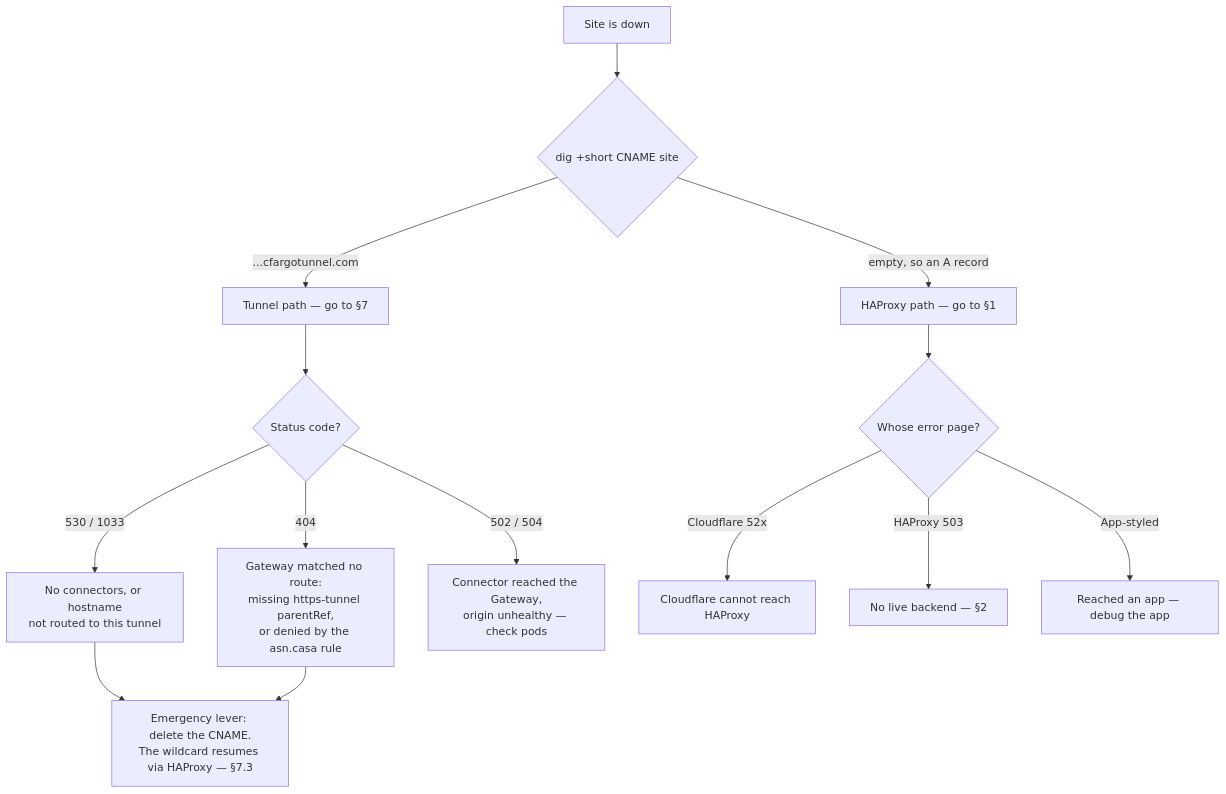
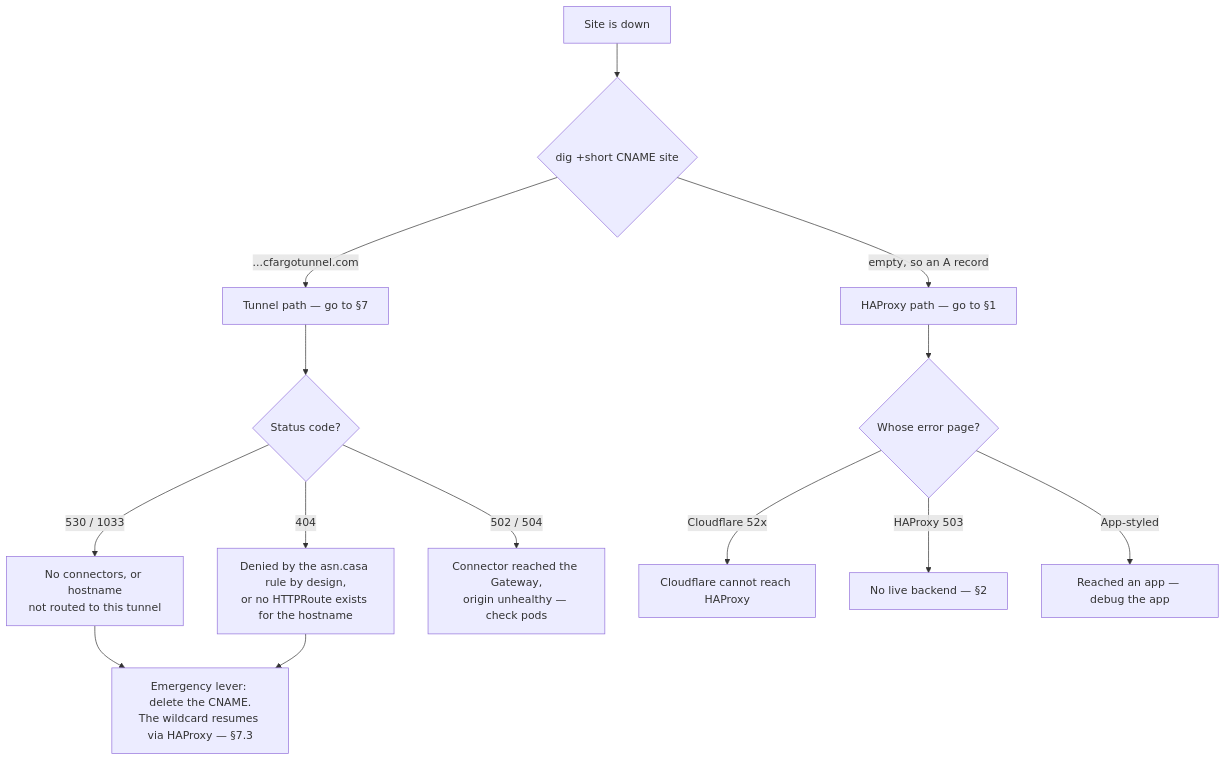
The diagram in docs/runbook-public-site-503.md (abradner/athena-gitops), drawn with Mermaid before and after one commit. The commit also changed other lines of this file, not shown here.

First line of the commit message:
docs: a tunnel 404 is not a missing parentRef

````diff
--- a/docs/runbook-public-site-503.md
+++ b/docs/runbook-public-site-503.md
@@ -31,19 +31,19 @@
 ```mermaid
 flowchart TD
     A[Site is down] --> B{"dig +short CNAME site"}
     B -->|"...cfargotunnel.com"| T[Tunnel path — go to §7]
     B -->|empty, so an A record| H[HAProxy path — go to §1]
 
     T --> T1{Status code?}
     T1 -->|"530 / 1033"| T2[No connectors, or hostname<br/>not routed to this tunnel]
-    T1 -->|404| T3[Gateway matched no route:<br/>missing https-tunnel parentRef,<br/>or denied by the asn.casa rule]
+    T1 -->|404| T3[Denied by the asn.casa rule by design,<br/>or no HTTPRoute exists for the hostname]
     T1 -->|"502 / 504"| T4[Connector reached the Gateway,<br/>origin unhealthy — check pods]
 
     H --> H1{Whose error page?}
     H1 -->|Cloudflare 52x| H2[Cloudflare cannot reach HAProxy]
     H1 -->|HAProxy 503| H3[No live backend — §2]
     H1 -->|App-styled| H4[Reached an app — debug the app]
 
     T2 --> X[Emergency lever: delete the CNAME.<br/>The wildcard resumes via HAProxy — §7.3]
     T3 --> X
 ```
````
